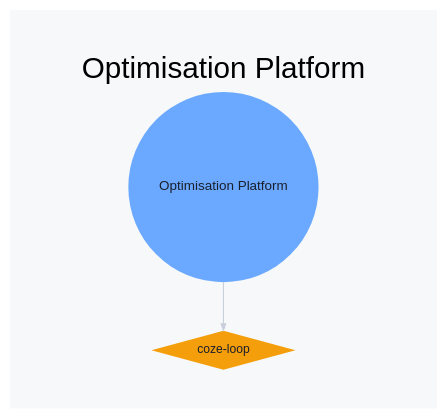
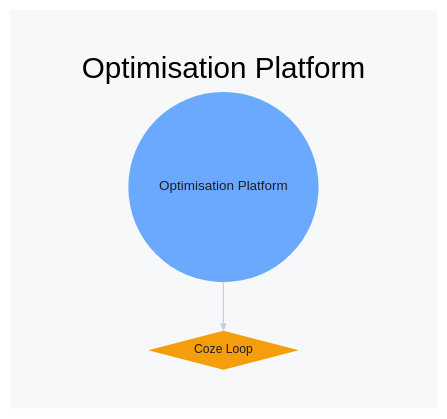
The diagram in snapshots/2026-04-09/segments/optimisation-platform.dot (danielrosehill/Agentic-AI-Ecosystem), drawn with Graphviz before and after one commit. The commit also changed 272 other files, not shown here.

```diff
--- a/snapshots/2026-04-09/segments/optimisation-platform.dot
+++ b/snapshots/2026-04-09/segments/optimisation-platform.dot
@@ -1,8 +1,8 @@
 digraph G {
   graph [layout=dot, overlap=false, splines=true, bgcolor="#f7f8fa", fontname="Helvetica", labelloc="t", label="Optimisation Platform", fontsize=22, pad=0.4];
   node [fontname="Helvetica", style="filled", penwidth=0, fontcolor="#1a1f2c"];
   edge [color="#c8cfdb", arrowsize=0.5, penwidth=0.8];
   "cat:optimisation-platform" [label="Optimisation Platform", shape=circle, fillcolor="#6aa9ff", width=0.57, height=0.57, fontsize=10, tooltip="Platforms focused on optimising agent/LLM pipelines."];
-  "proj:coze-loop" [label="coze-loop", shape=diamond, fillcolor="#f59e0b", width=0.40, height=0.40, fontsize=9, tooltip="https://github.com/coze-dev/coze-loop", URL="https://github.com/coze-dev/coze-loop"];
+  "proj:coze-loop" [label="Coze Loop", shape=diamond, fillcolor="#f59e0b", width=0.40, height=0.40, fontsize=9, tooltip="https://github.com/coze-dev/coze-loop", URL="https://github.com/coze-dev/coze-loop"];
   "cat:optimisation-platform" -> "proj:coze-loop";
 }
```
